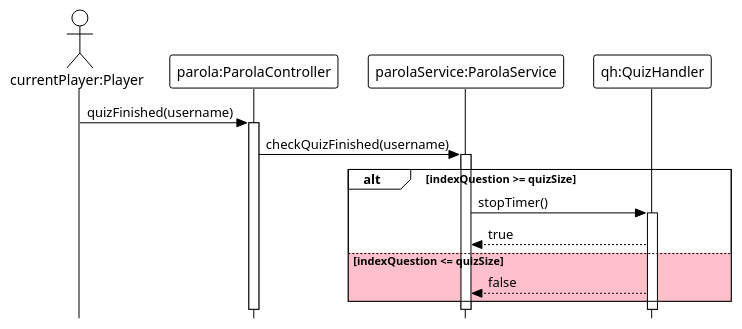
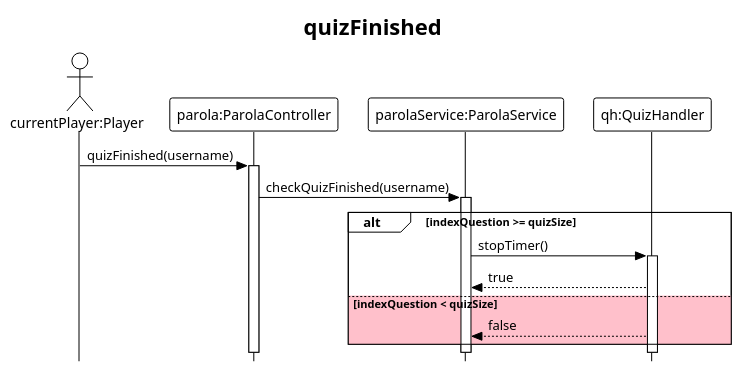
The diagram in diagrams/sd_quizFinished.puml (jchen2011/Parola), drawn with PlantUML before and after one commit. The commit also changed 21 other files, not shown here.

```diff
--- a/diagrams/sd_quizFinished.puml
+++ b/diagrams/sd_quizFinished.puml
@@ -1,18 +1,20 @@
 @startuml
 !theme plain
 skinparam style strictuml
+
+title quizFinished
 
 actor "currentPlayer:Player" as player
 
 player -> "parola:ParolaController" ++ : quizFinished(username)
 
 
 "parola:ParolaController" -> "parolaService:ParolaService" ++: checkQuizFinished(username)
   alt indexQuestion >= quizSize
 "parolaService:ParolaService" -> "qh:QuizHandler" ++: stopTimer()
 "qh:QuizHandler" --> "parolaService:ParolaService" : true
-  else #Pink indexQuestion <= quizSize
+  else #Pink indexQuestion < quizSize
   "qh:QuizHandler" --> "parolaService:ParolaService" : false
 end
 
 @enduml
```
